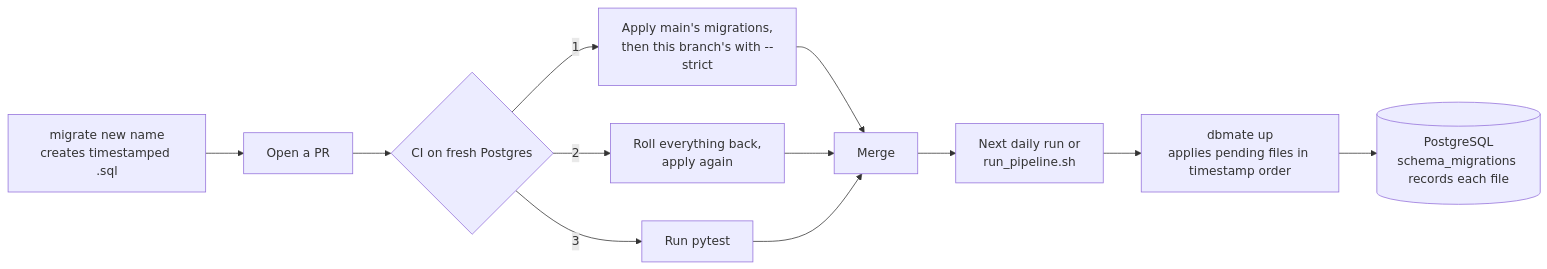
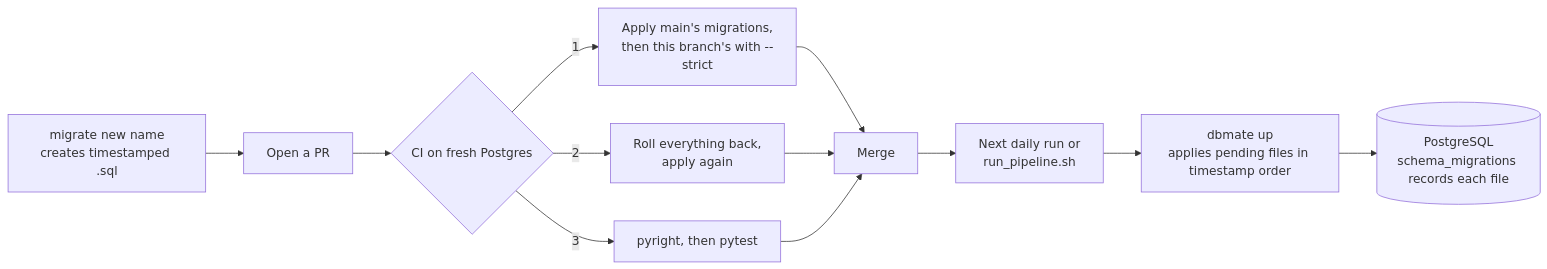
Before and after one commit to ksbn/neo-project: the fourth of 6 diagrams in docs/ARCHITECTURE.md, drawn with Mermaid. The commit also changed other lines of this file and 28 other files, not shown here.

````diff
--- a/docs/ARCHITECTURE.md
+++ b/docs/ARCHITECTURE.md
@@ -134,12 +140,12 @@
 ```mermaid
 flowchart LR
     N["migrate new name<br/>creates timestamped .sql"] --> PR["Open a PR"]
     PR --> CI{"CI on fresh Postgres"}
     CI -->|"1"| S["Apply main's migrations,<br/>then this branch's with --strict"]
     CI -->|"2"| RB["Roll everything back,<br/>apply again"]
-    CI -->|"3"| T["Run pytest"]
+    CI -->|"3"| T["pyright, then pytest"]
     S & RB & T --> MG["Merge"]
     MG --> RUN["Next daily run or<br/>run_pipeline.sh"]
     RUN --> UP["dbmate up<br/>applies pending files in timestamp order"]
     UP --> DB[("PostgreSQL<br/>schema_migrations records each file")]
 ```
````
